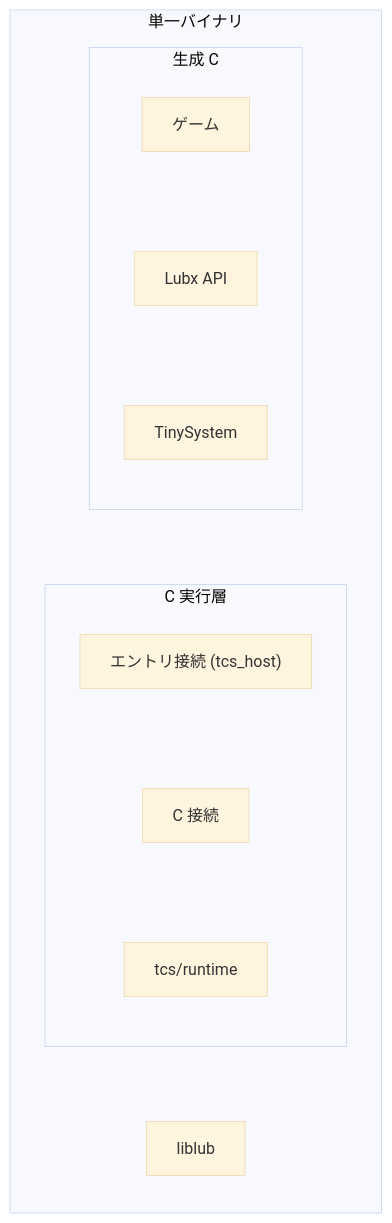
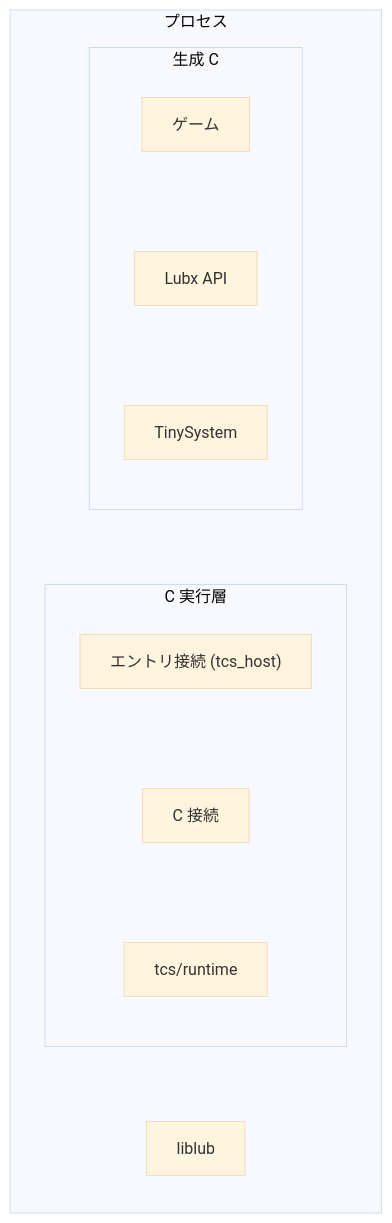
Before and after one commit to neguse/lub: the second of 3 diagrams in docs/develop.md, drawn with Mermaid (base theme). The commit also changed other lines of this file, not shown here.

Commit message:
docs/develop.md の実行モード図の外箱をプロセスに統一する

````diff
--- a/docs/develop.md
+++ b/docs/develop.md
@@ -42,15 +45,15 @@
 ```mermaid
 flowchart LR
-    subgraph c_bin["単一バイナリ"]
+    subgraph c_proc["プロセス"]
         subgraph c_mod["生成 C"]
             direction TB
             c_game["ゲーム"] ~~~ c_lubx["Lubx API"] ~~~ c_ts["TinySystem"]
         end
         subgraph c_core["C 実行層"]
             direction TB
             c_host["エントリ接続 (tcs_host)"] ~~~ c_glue["C 接続"] ~~~ c_rt["tcs/runtime"]
         end
         c_lib["liblub"]
         c_mod ~~~ c_core ~~~ c_lib
     end
 ```
````
